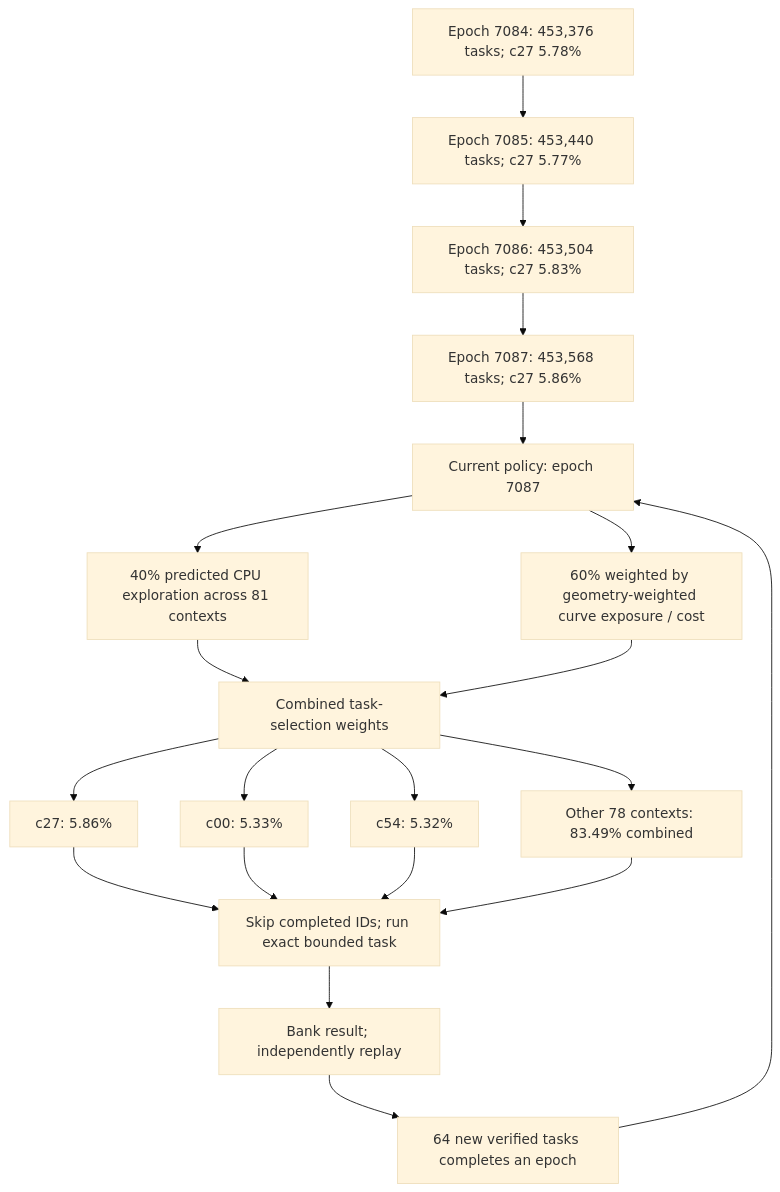
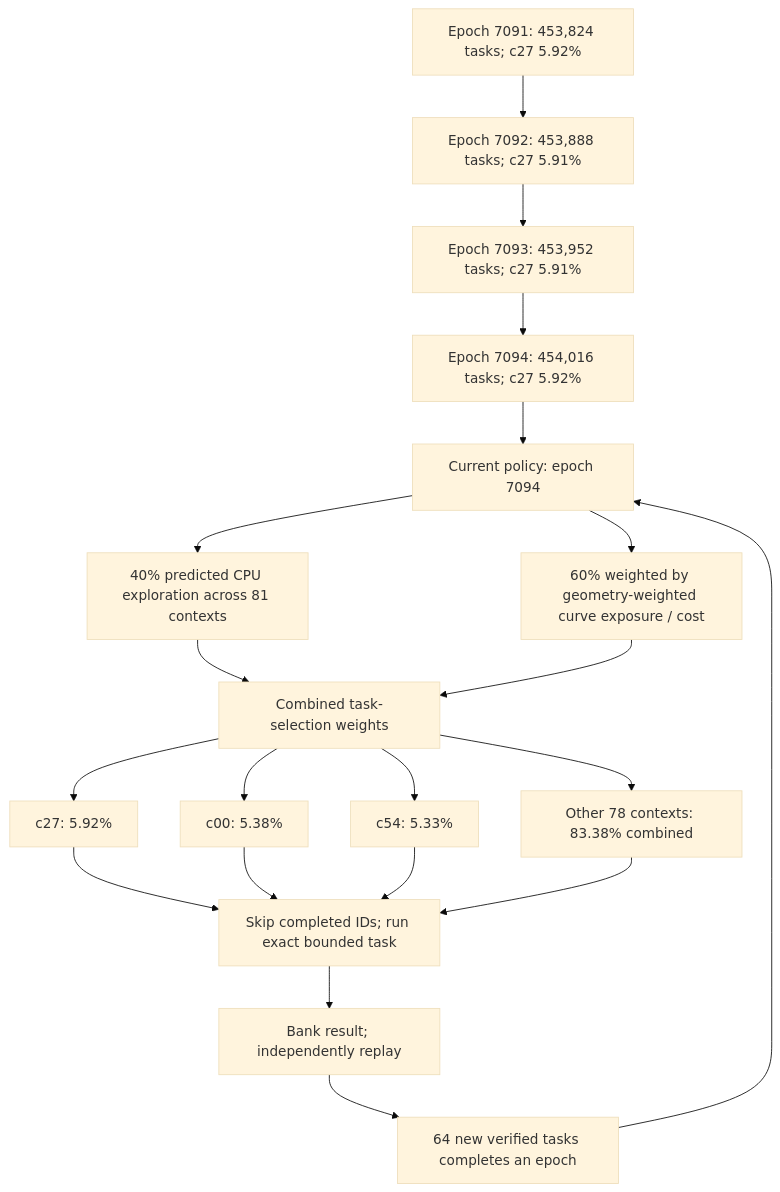
The first of 4 diagrams in README.md (Kuberwastaken/math-gambling), drawn with Mermaid (base theme) before and after one commit. The commit also changed other lines of this file and 1566 other files, not shown here.

````diff
--- a/README.md
+++ b/README.md
@@ -60,27 +60,27 @@
 ```mermaid
 flowchart TD
-    H0["Epoch 7084: 453,376 tasks; c27 5.78%"]
-    H1["Epoch 7085: 453,440 tasks; c27 5.77%"]
+    H0["Epoch 7091: 453,824 tasks; c27 5.92%"]
+    H1["Epoch 7092: 453,888 tasks; c27 5.91%"]
     H0 --> H1
-    H2["Epoch 7086: 453,504 tasks; c27 5.83%"]
+    H2["Epoch 7093: 453,952 tasks; c27 5.91%"]
     H1 --> H2
-    H3["Epoch 7087: 453,568 tasks; c27 5.86%"]
+    H3["Epoch 7094: 454,016 tasks; c27 5.92%"]
     H2 --> H3
-    Policy["Current policy: epoch 7087"]
+    Policy["Current policy: epoch 7094"]
     H3 --> Policy
     Policy --> Explore["40% predicted CPU exploration across 81 contexts"]
     Policy --> Cost["60% weighted by geometry-weighted curve exposure / cost"]
     Explore --> Mix["Combined task-selection weights"]
     Cost --> Mix
-    Mix --> C0["c27: 5.86%"]
-    Mix --> C1["c00: 5.33%"]
-    Mix --> C2["c54: 5.32%"]
-    Mix --> Rest["Other 78 contexts: 83.49% combined"]
+    Mix --> C0["c27: 5.92%"]
+    Mix --> C1["c00: 5.38%"]
+    Mix --> C2["c54: 5.33%"]
+    Mix --> Rest["Other 78 contexts: 83.38% combined"]
     C0 --> Check["Skip completed IDs; run exact bounded task"]
     C1 --> Check
     C2 --> Check
     Rest --> Check
     Check --> Replay["Bank result; independently replay"]
     Replay --> Gate["64 new verified tasks completes an epoch"]
     Gate --> Policy
 ```
````
